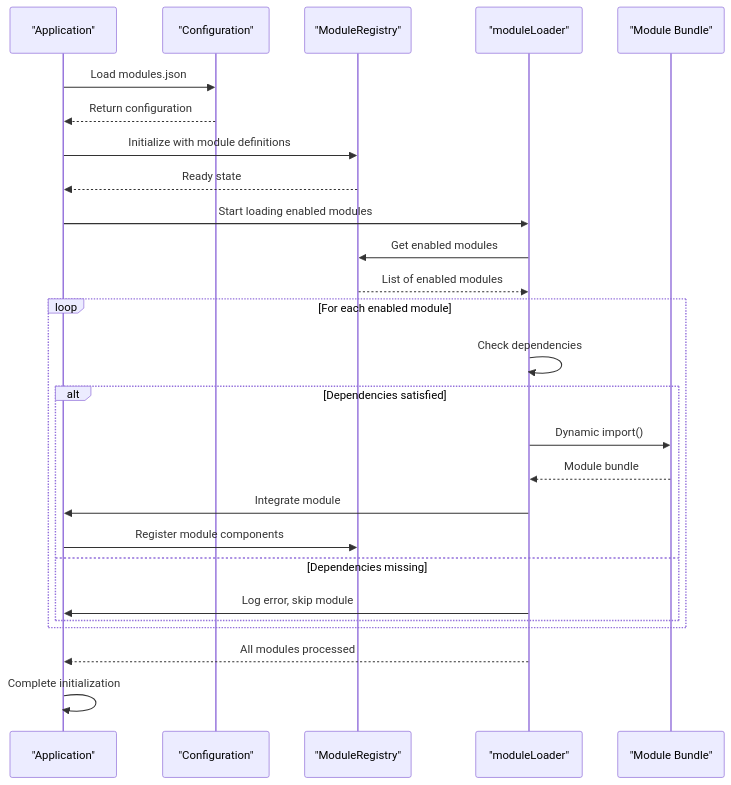
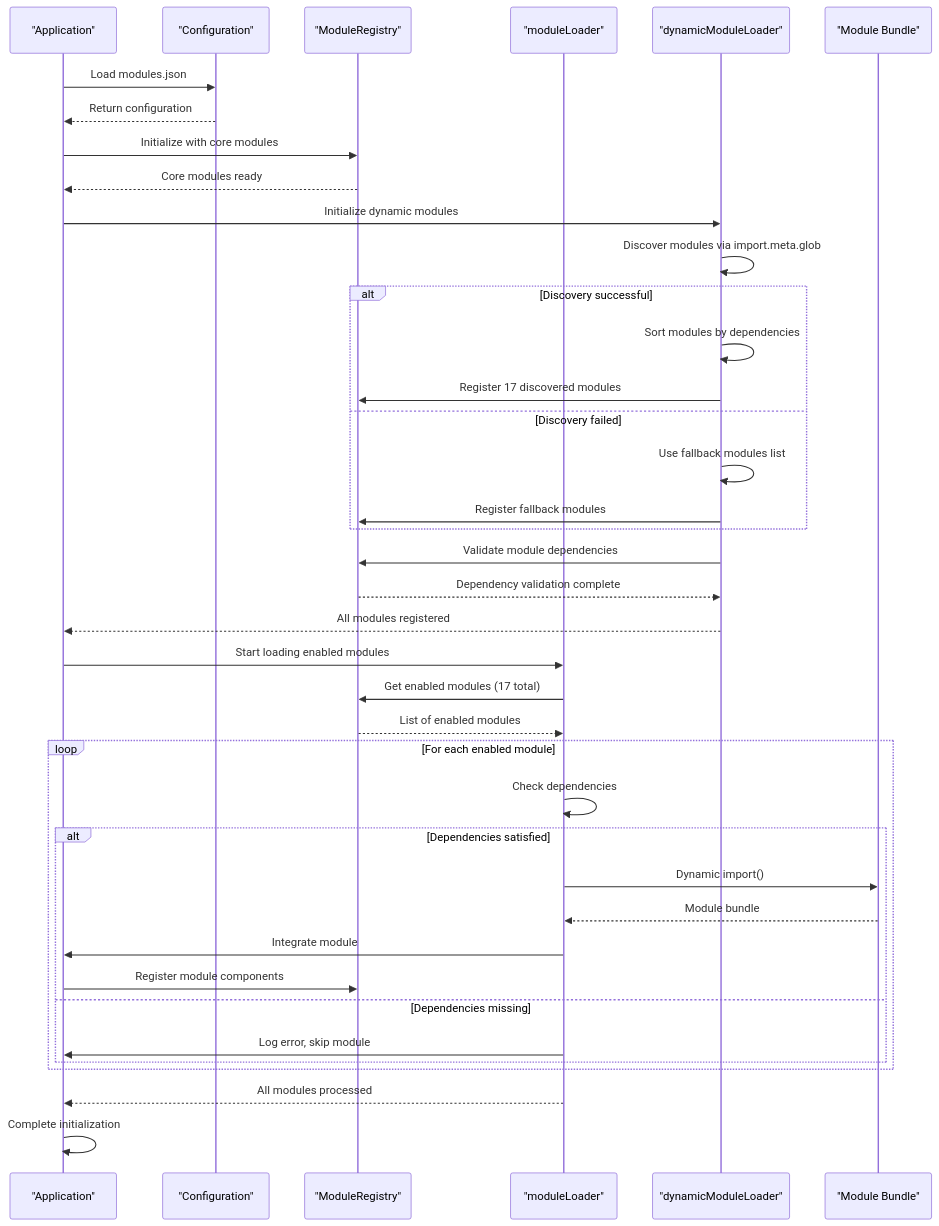
One commit to geniusdynamics/schoolpilot changed the second of 3 diagrams in .qoder/repowiki/en/content/Architecture Overview/Modular Architecture/Module System Overview/Module System Overview.md. Above: the diagram before and after it, drawn with Mermaid. The commit also changed other lines of this file and 760 other files, not shown here.

````diff
--- a/.qoder/repowiki/en/content/Architecture Overview/Modular Architecture/Module System Overview/Module System Overview.md
+++ b/.qoder/repowiki/en/content/Architecture Overview/Modular Architecture/Module System Overview/Module System Overview.md
@@ -154,28 +216,41 @@
 ```mermaid
 sequenceDiagram
 participant App as "Application"
 participant Config as "Configuration"
 participant Registry as "ModuleRegistry"
 participant Loader as "moduleLoader"
+participant DynamicLoader as "dynamicModuleLoader"
 participant Module as "Module Bundle"
 App->>Config : Load modules.json
 Config-->>App : Return configuration
-App->>Registry : Initialize with module definitions
-Registry-->>App : Ready state
+App->>Registry : Initialize with core modules
+Registry-->>App : Core modules ready
+App->>DynamicLoader : Initialize dynamic modules
+DynamicLoader->>DynamicLoader : Discover modules via import.meta.glob
+alt Discovery successful
+DynamicLoader->>DynamicLoader : Sort modules by dependencies
+DynamicLoader->>Registry : Register 17 discovered modules
+else Discovery failed
+DynamicLoader->>DynamicLoader : Use fallback modules list
+DynamicLoader->>Registry : Register fallback modules
+end
+DynamicLoader->>Registry : Validate module dependencies
+Registry-->>DynamicLoader : Dependency validation complete
+DynamicLoader-->>App : All modules registered
 App->>Loader : Start loading enabled modules
-Loader->>Registry : Get enabled modules
+Loader->>Registry : Get enabled modules (17 total)
 Registry-->>Loader : List of enabled modules
 loop For each enabled module
 Loader->>Loader : Check dependencies
 alt Dependencies satisfied
 Loader->>Module : Dynamic import()
 Module-->>Loader : Module bundle
 Loader->>App : Integrate module
 App->>Registry : Register module components
 else Dependencies missing
 Loader->>App : Log error, skip module
 end
 end
 Loader-->>App : All modules processed
 App->>App : Complete initialization
 ```
````
